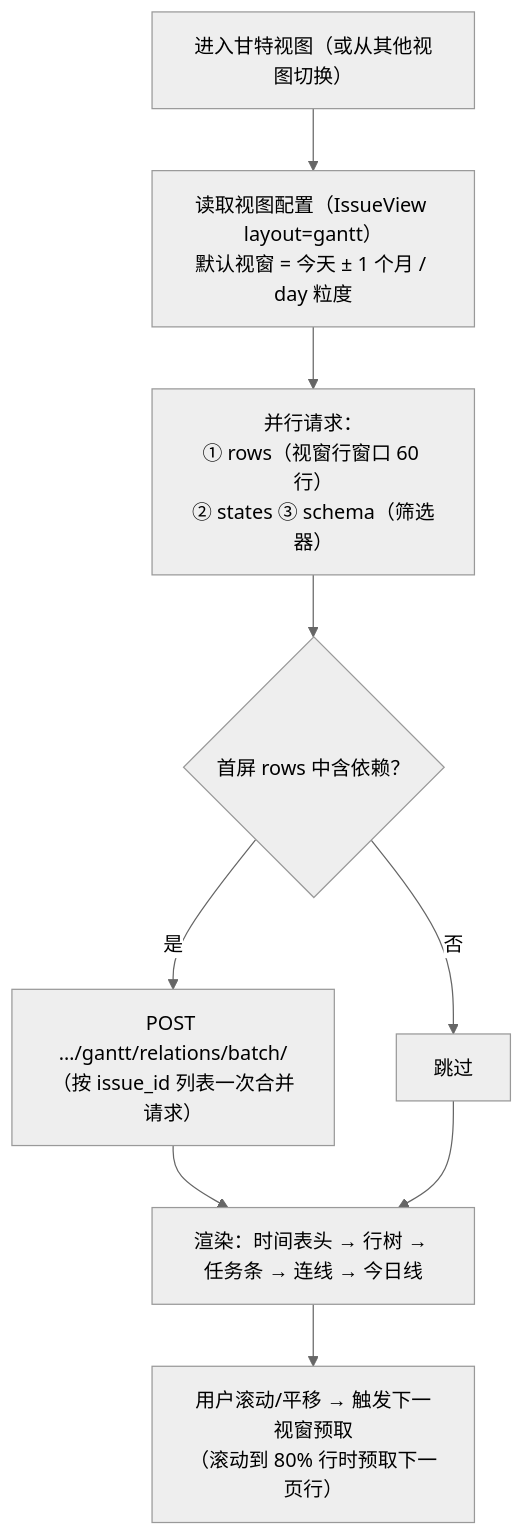
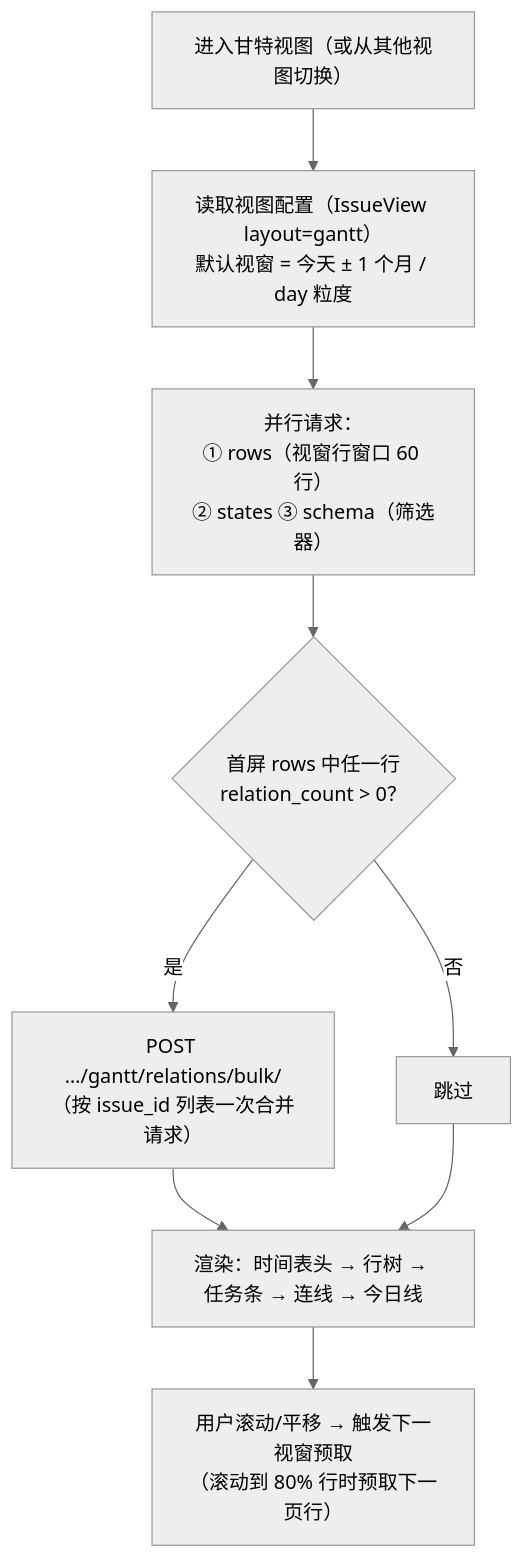
One commit to RabbitAI-Lab/RabbitProjects changed the second of 3 diagrams in docs/sprint-4-gantt-file/GANTT-001-gantt-core.md. Above: the diagram before and after it, drawn with Mermaid (neutral theme). The commit also changed other lines of this file and 6 other files, not shown here.

````diff
--- a/docs/sprint-4-gantt-file/GANTT-001-gantt-core.md
+++ b/docs/sprint-4-gantt-file/GANTT-001-gantt-core.md
@@ -116,11 +117,11 @@
 ```mermaid
 flowchart TD
     A["进入甘特视图（或从其他视图切换）"] --> B["读取视图配置（IssueView layout=gantt）<br/>默认视窗 = 今天 ± 1 个月 / day 粒度"]
     B --> C["并行请求：<br/>① rows（视窗行窗口 60 行）<br/>② states ③ schema（筛选器）"]
-    C --> D{"首屏 rows 中含依赖？"}
-    D -->|是| E["POST …/gantt/relations/batch/<br/>（按 issue_id 列表一次合并请求）"]
+    C --> D{"首屏 rows 中任一行<br/>relation_count > 0？"}
+    D -->|是| E["POST …/gantt/relations/bulk/<br/>（按 issue_id 列表一次合并请求）"]
     D -->|否| F["跳过"]
     E --> G["渲染：时间表头 → 行树 → 任务条 → 连线 → 今日线"]
     F --> G
     G --> H["用户滚动/平移 → 触发下一视窗预取<br/>（滚动到 80% 行时预取下一页行）"]
 ```
````
